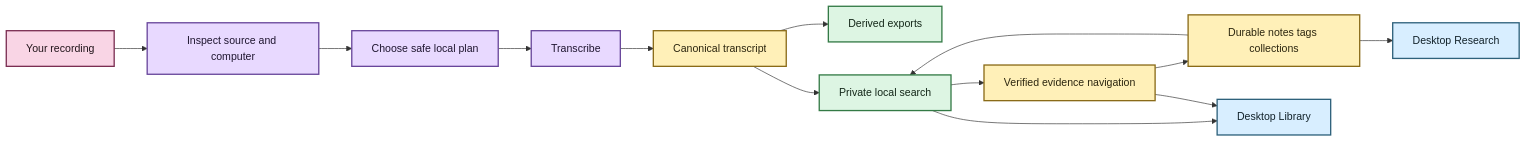
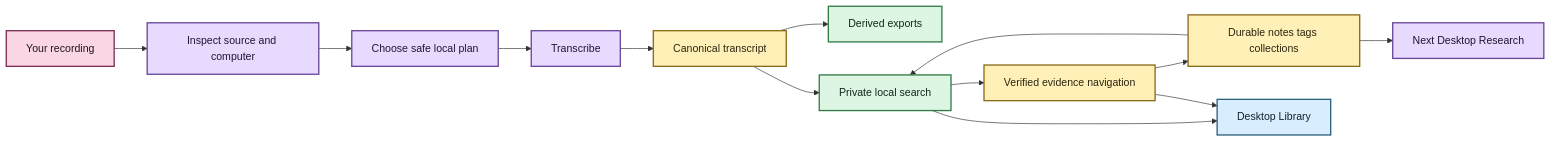
One commit to SSD1805/EchoFlow changed the first of 2 diagrams in docs/getting-started.md. Above: the diagram before and after it, drawn with Mermaid. The commit also changed other lines of this file, not shown here.

Commit message:
docs: align getting started with current desktop state

````diff
--- a/docs/getting-started.md
+++ b/docs/getting-started.md
@@ -22,27 +25,27 @@
 ```mermaid
 flowchart LR
     A[Your recording] --> B[Inspect source and computer]
     B --> C[Choose safe local plan]
     C --> D[Transcribe]
     D --> E[Canonical transcript]
     E --> F[Derived exports]
     E --> G[Private local search]
     G --> H[Verified evidence navigation]
     H --> I[Durable notes tags collections]
     I --> G
     G --> J[Desktop Library]
     H --> J
-    I --> K[Desktop Research]
+    I --> K[Next Desktop Research]
 
     classDef source fill:#F9D5E5,stroke:#7B2E52,stroke-width:2px,color:#22151B
     classDef process fill:#E8D9FF,stroke:#68469B,stroke-width:2px,color:#1F1630
     classDef evidence fill:#FFF0B8,stroke:#8A6B18,stroke-width:2px,color:#2C260F
     classDef view fill:#DDF5E3,stroke:#347A46,stroke-width:2px,color:#142719
     classDef inspect fill:#D8EEFF,stroke:#2E617B,stroke-width:2px,color:#12222A
 
     class A source
-    class B,C,D process
+    class B,C,D,K process
     class E,H,I evidence
     class F,G view
-    class J,K inspect
+    class J inspect
 ```
````
